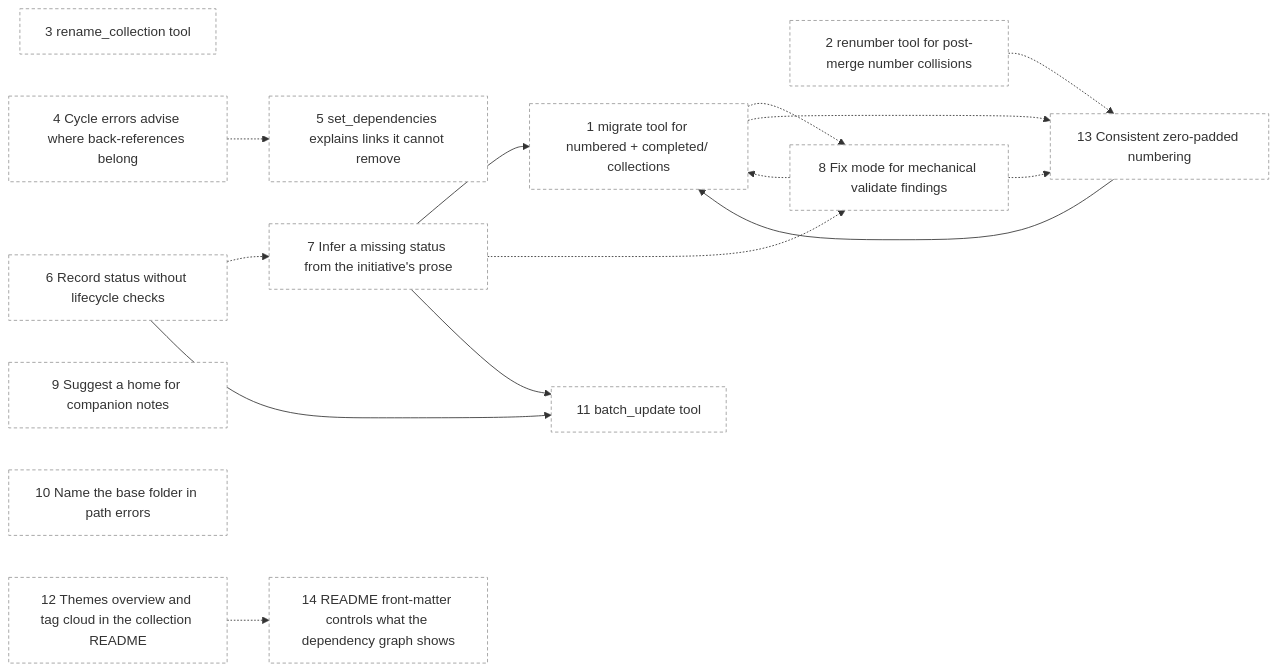
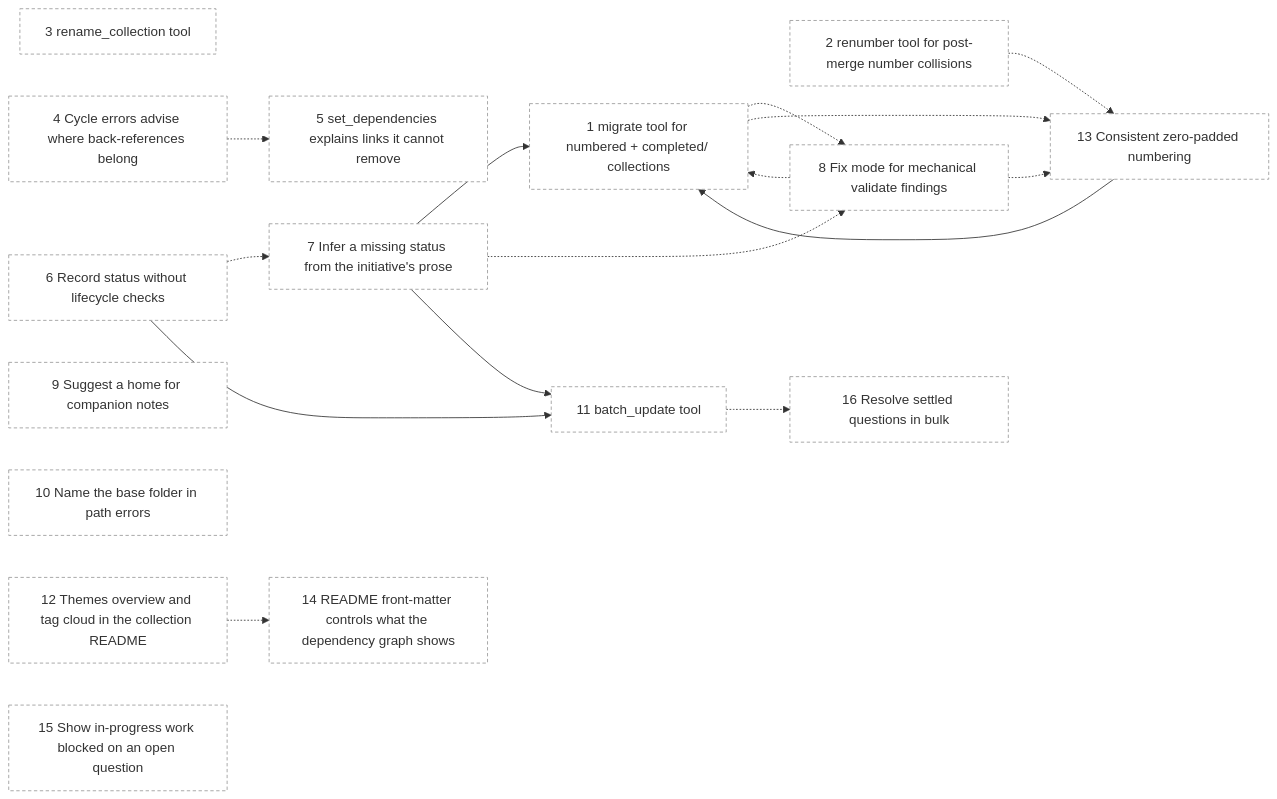
The diagram in initiatives/README.md (duckAsteroid/brindley), drawn with Mermaid before and after one commit. The commit also changed other lines of this file and 4 other files, not shown here.

````diff
--- a/initiatives/README.md
+++ b/initiatives/README.md
@@ -39,36 +42,39 @@
 ```mermaid
 flowchart LR
   n1["1 migrate tool for numbered + completed/ collections"]:::draft
   n2["2 renumber tool for post-merge number collisions"]:::draft
   n3["3 rename_collection tool"]:::draft
   n4["4 Cycle errors advise where back-references belong"]:::draft
   n5["5 set_dependencies explains links it cannot remove"]:::draft
   n6["6 Record status without lifecycle checks"]:::draft
   n7["7 Infer a missing status from the initiative's prose"]:::draft
   n8["8 Fix mode for mechanical validate findings"]:::draft
   n9["9 Suggest a home for companion notes"]:::draft
   n10["10 Name the base folder in path errors"]:::draft
   n11["11 batch_update tool"]:::draft
   n12["12 Themes overview and tag cloud in the collection README"]:::draft
   n13["13 Consistent zero-padded numbering"]:::draft
   n14["14 README front-matter controls what the dependency graph shows"]:::draft
+  n15["15 Show in-progress work blocked on an open question"]:::draft
+  n16["16 Resolve settled questions in bulk"]:::draft
   n7 --> n1
   n13 --> n1
   n8 -.-> n1
   n4 -.-> n5
   n6 -.-> n7
   n7 -.-> n8
   n1 -.-> n8
   n6 --> n11
   n7 --> n11
   n1 -.-> n13
   n2 -.-> n13
   n8 -.-> n13
   n12 -.-> n14
+  n11 -.-> n16
   classDef done fill:#e6e6e6,color:#777,stroke:#bbb
   classDef draft fill:#fff,stroke:#999,stroke-dasharray:4 3
   classDef designed fill:#e8f0fe,stroke:#4a7bd0
   classDef ready fill:#d9f2e3,stroke:#2e8b57,stroke-width:2px
   classDef inprogress fill:#fff4d6,stroke:#d49a00,stroke-width:2px
   classDef external fill:#fafafa,stroke:#999
 ```
````
